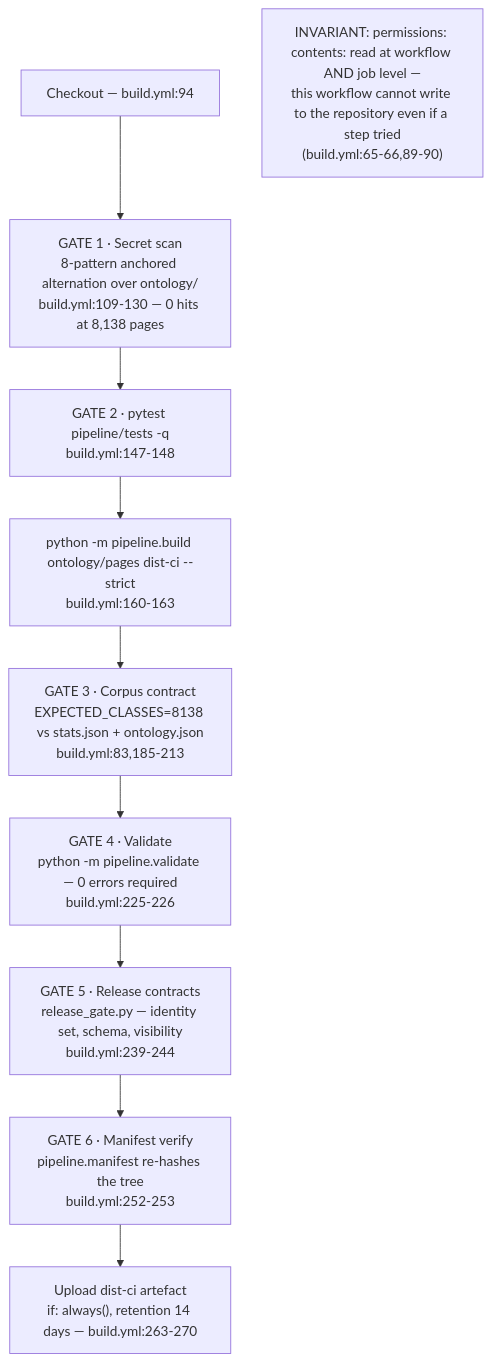
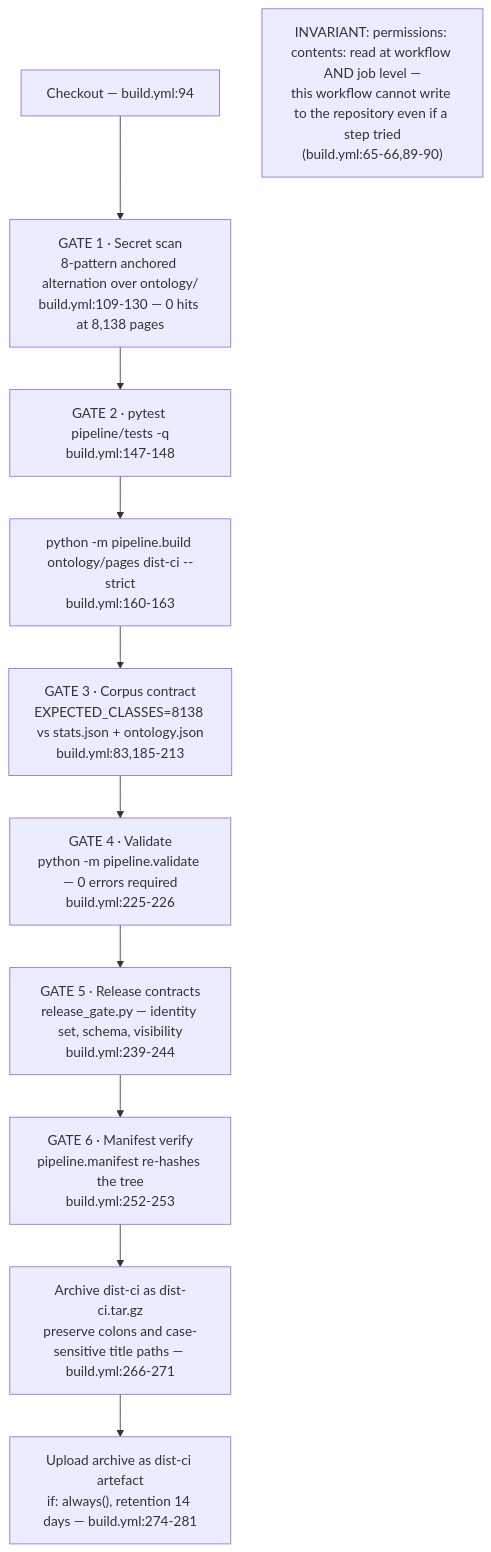
The first of 4 diagrams in docs/diagrams/knowledgegraph/05-ci-cd-and-publish.md (DreamLab-AI/VisionFlow), drawn with Mermaid before and after one commit. The commit also changed 51 other files, not shown here.

First line of the commit message:
docs(diagrams): agentbox AB-01..13 re-attested anchor by anchor (980 anchors, 22 defects); checkpoint against an out-of-mesh writer

````diff
--- a/docs/diagrams/knowledgegraph/05-ci-cd-and-publish.md
+++ b/docs/diagrams/knowledgegraph/05-ci-cd-and-publish.md
@@ -20,14 +20,15 @@
 ```mermaid
 flowchart TD
     CO["Checkout — build.yml:94"]
     G1["GATE 1 · Secret scan<br/>8-pattern anchored alternation over ontology/<br/>build.yml:109-130 — 0 hits at 8,138 pages"]
     G2["GATE 2 · pytest pipeline/tests -q<br/>build.yml:147-148"]
     BUILD["python -m pipeline.build ontology/pages dist-ci --strict<br/>build.yml:160-163"]
     G3["GATE 3 · Corpus contract<br/>EXPECTED_CLASSES=8138 vs stats.json + ontology.json<br/>build.yml:83,185-213"]
     G4["GATE 4 · Validate<br/>python -m pipeline.validate — 0 errors required<br/>build.yml:225-226"]
     G5["GATE 5 · Release contracts<br/>release_gate.py — identity set, schema, visibility<br/>build.yml:239-244"]
     G6["GATE 6 · Manifest verify<br/>pipeline.manifest re-hashes the tree<br/>build.yml:252-253"]
-    ART["Upload dist-ci artefact<br/>if: always#40;#41;, retention 14 days — build.yml:263-270"]
-    CO --> G1 --> G2 --> BUILD --> G3 --> G4 --> G5 --> G6 --> ART
+    PACK["Archive dist-ci as dist-ci.tar.gz<br/>preserve colons and case-sensitive title paths — build.yml:266-271"]
+    ART["Upload archive as dist-ci artefact<br/>if: always#40;#41;, retention 14 days — build.yml:274-281"]
+    CO --> G1 --> G2 --> BUILD --> G3 --> G4 --> G5 --> G6 --> PACK --> ART
     note1["INVARIANT: permissions: contents: read at workflow AND job level —<br/>this workflow cannot write to the repository even if a step tried<br/>(build.yml:65-66,89-90)"]
 ```
````
